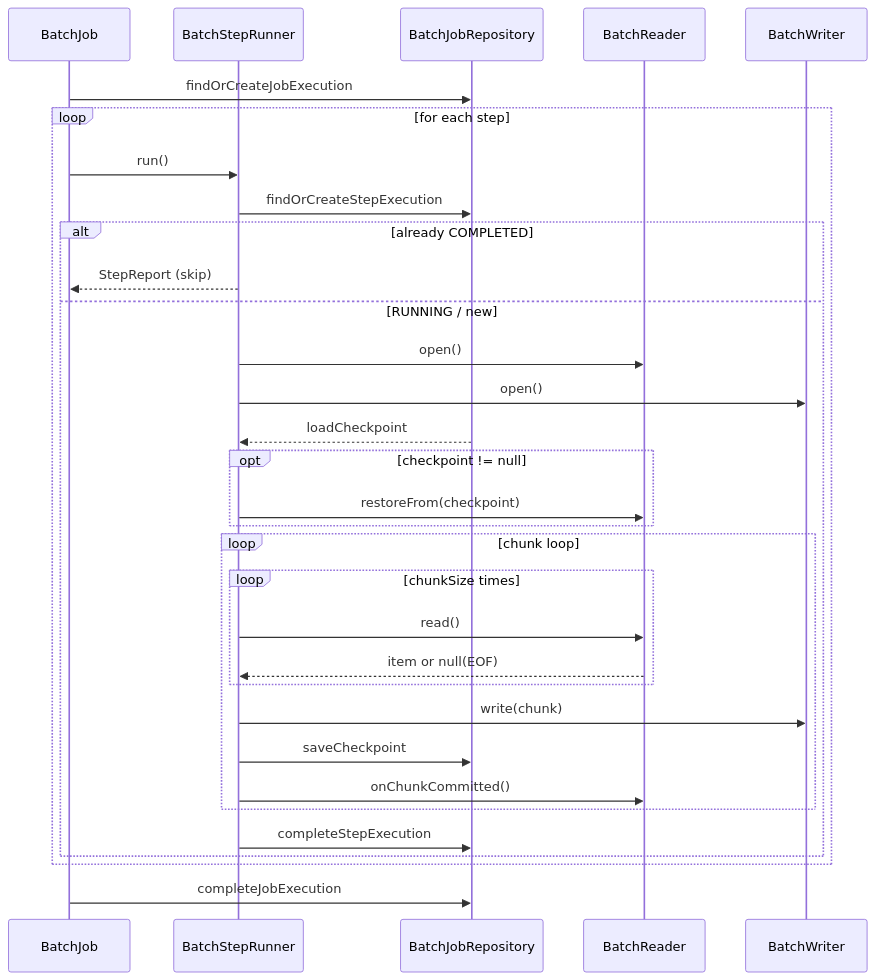
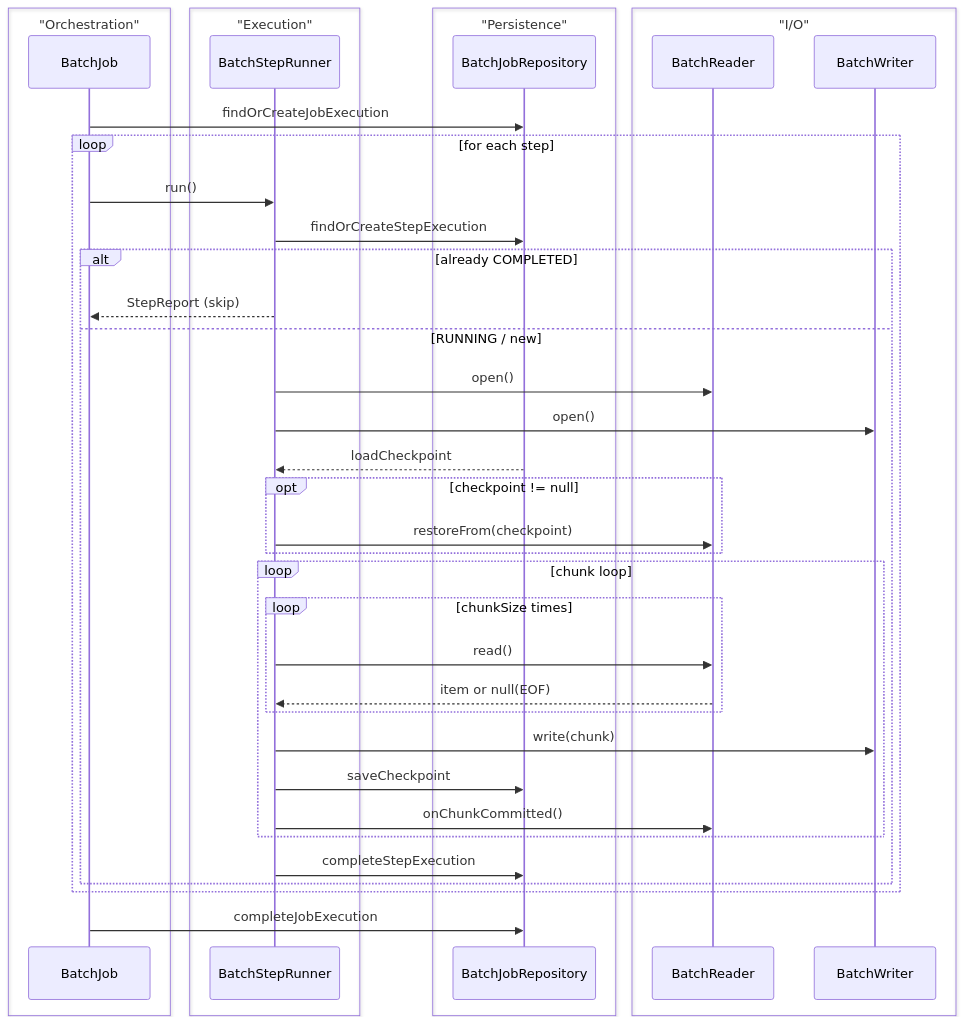
One commit to bluetape4k/bluetape4k-projects changed the second of 3 diagrams in utils/batch/README.md. Above: the diagram before and after it, drawn with Mermaid. The commit also changed other lines of this file and 221 other files, not shown here.

First line of the commit message:
docs: 전체 모듈 README UML 다이어그램 보강 및 색상 업그레이드

````diff
--- a/utils/batch/README.md
+++ b/utils/batch/README.md
@@ -80,35 +88,43 @@
 ```mermaid
 sequenceDiagram
+    box "Orchestration" #E8F5E9
     participant Job as BatchJob
+    end
+    box "Execution" #E3F2FD
     participant Runner as BatchStepRunner
+    end
+    box "Persistence" #FFF3E0
     participant Repo as BatchJobRepository
+    end
+    box "I/O" #F3E5F5
     participant Reader as BatchReader
     participant Writer as BatchWriter
+    end
 
     Job->>Repo: findOrCreateJobExecution
     loop for each step
         Job->>Runner: run()
         Runner->>Repo: findOrCreateStepExecution
         alt already COMPLETED
             Runner-->>Job: StepReport (skip)
         else RUNNING / new
             Runner->>Reader: open()
             Runner->>Writer: open()
             Repo-->>Runner: loadCheckpoint
             opt checkpoint != null
                 Runner->>Reader: restoreFrom(checkpoint)
             end
             loop chunk loop
                 loop chunkSize times
                     Runner->>Reader: read()
                     Reader-->>Runner: item or null(EOF)
                 end
                 Runner->>Writer: write(chunk)
                 Runner->>Repo: saveCheckpoint
                 Runner->>Reader: onChunkCommitted()
             end
             Runner->>Repo: completeStepExecution
         end
     end
     Job->>Repo: completeJobExecution
 ```
````
